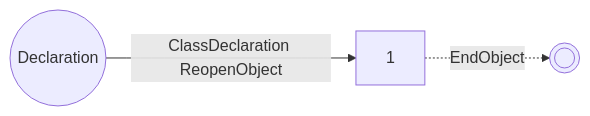
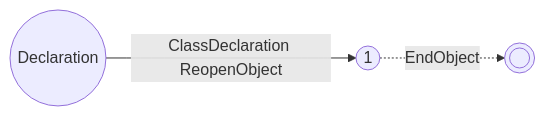
One commit to vczh-websites/vczh changed diagram 18 of 20 in Blog/GLR-Refactoring/Mermaid.md. Above: the diagram before and after it, drawn with Mermaid. The commit also changed other lines of this file, not shown here.

````diff
--- a/Blog/GLR-Refactoring/Mermaid.md
+++ b/Blog/GLR-Refactoring/Mermaid.md
@@ -311,5 +311,5 @@
 ```mermaid
 graph LR
   S((Declaration))-- ClassDeclaration ReopenObject -->1
-  1-. EndObject .->E((( )))
+  1((1))-. EndObject .->E((( )))
 ```
````
